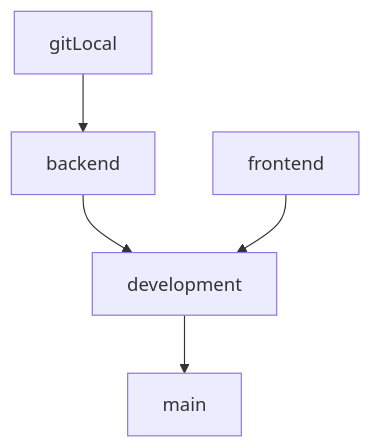
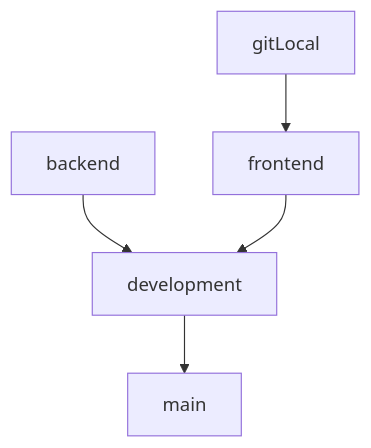
One commit to tranvinh146/api-uitchat changed the diagram in README.md. Above: the diagram before and after it, drawn with Mermaid. The commit also changed other lines of this file, not shown here.

````diff
--- a/README.md
+++ b/README.md
@@ -5,7 +5,7 @@
 ```mermaid
 graph TD;
-    gitLocal-->backend;
+    gitLocal-->frontend;
     backend-->development;
     frontend-->development;
     development-->main;
 ```
````
